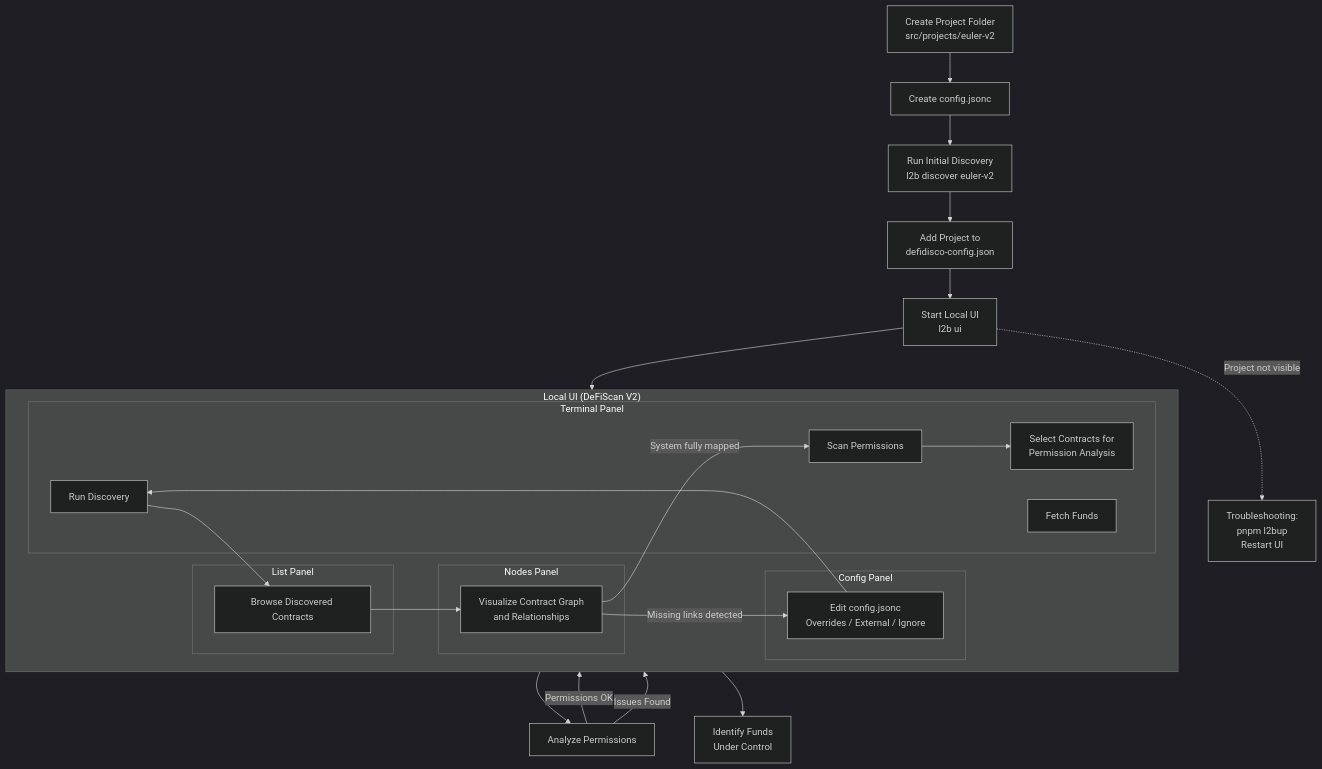
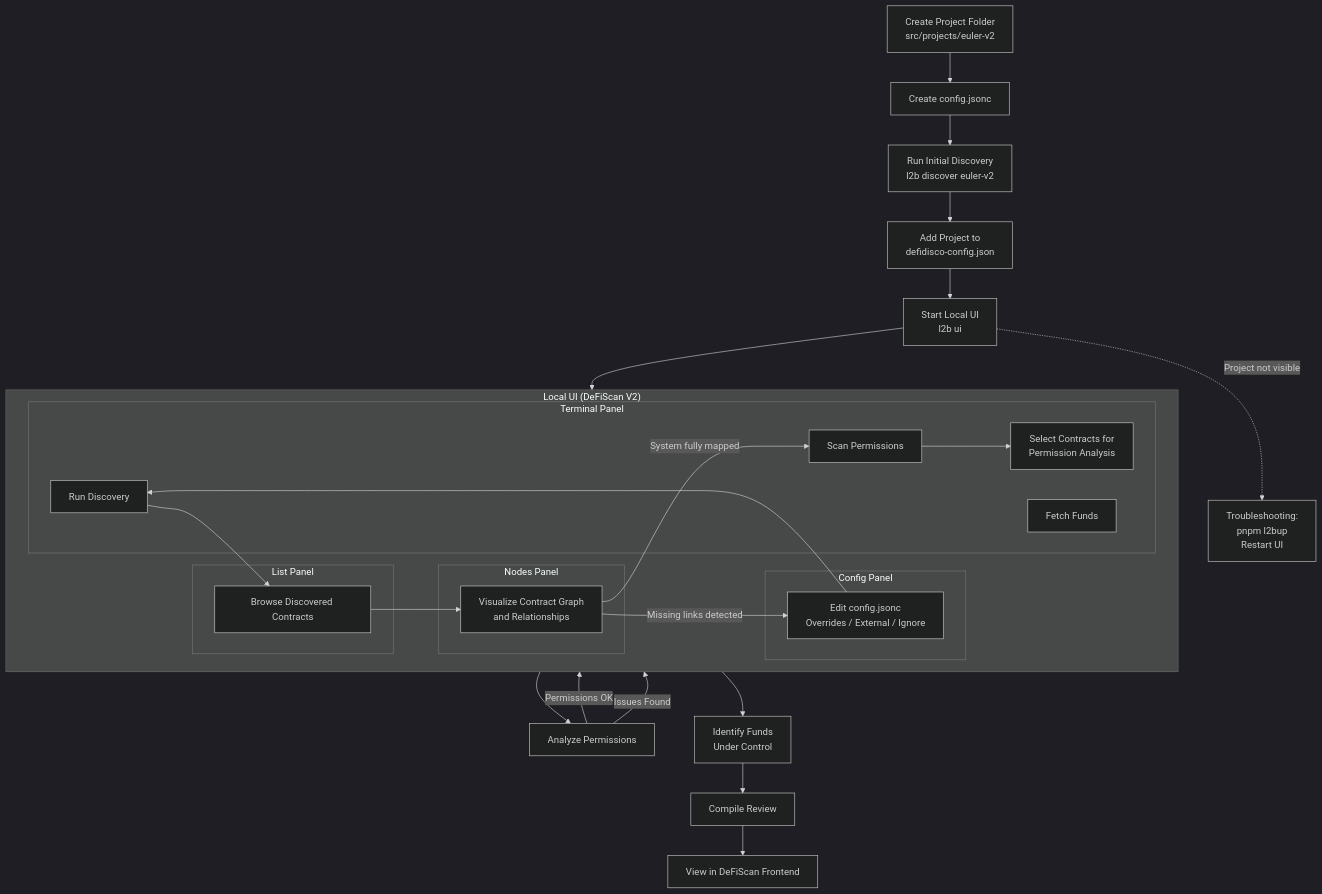
One commit to l2beat/l2beat changed the diagram in docs/researchers/getting-started.md. Above: the diagram before and after it, drawn with Mermaid (dark theme). The commit also changed other lines of this file and 81 other files, not shown here.

````diff
--- a/docs/researchers/getting-started.md
+++ b/docs/researchers/getting-started.md
@@ -349,58 +349,62 @@
 ```mermaid
 flowchart TD
     %% Project Setup
     A[Create Project Folder<br/>src/projects/euler-v2] --> B[Create config.jsonc]
     B --> C[Run Initial Discovery<br/>l2b discover euler-v2]
 
     %% UI Setup
     C --> D[Add Project to<br/>defidisco-config.json]
     D --> E[Start Local UI<br/>l2b ui]
 
     %% =====================
     %% Continue Analysis UI
     %% =====================
     subgraph UI["Local UI (DeFiScan V2)"]
         direction LR
 
         subgraph ListPanel["List Panel"]
             F[Browse Discovered Contracts]
         end
 
         subgraph NodesPanel["Nodes Panel"]
             G[Visualize Contract Graph<br/>and Relationships]
         end
 
         subgraph ConfigPanel["Config Panel"]
             H[Edit config.jsonc<br/>Overrides / External / Ignore]
         end
 
         subgraph TerminalPanel["Terminal Panel"]
             I[Run Discovery]
             J[Scan Permissions]
             L[Select Contracts for<br/>Permission Analysis]
             K[Fetch Funds]
         end
     end
 
     %% Continue Analysis Loop
     E --> F
     F --> G
     G -->|Missing links detected| H
     H --> I
     I --> F
 
     %% Permission Analysis Loop
     G -->|System fully mapped| J
     J --> L
     L --> M[Analyze Permissions]
     M -->|Permissions OK| K
     %% If issues found, loop back
     M -->|Issues Found| H
 
     %% Track Funds
     K --> N[Identify Funds<br/>Under Control]
 
+    %% Compile and View
+    N --> O[Compile Review]
+    O --> P[View in DeFiScan Frontend]
+
     %% Troubleshooting
     E -.->|Project not visible| T[Troubleshooting:<br/>pnpm l2bup<br/>Restart UI]
 
 ```
````
